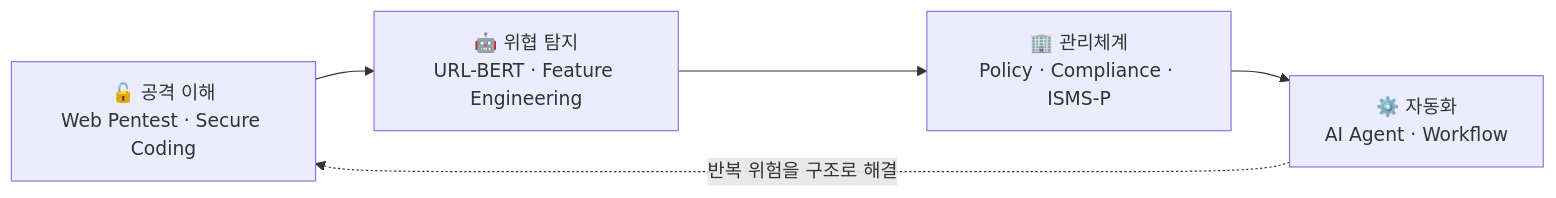
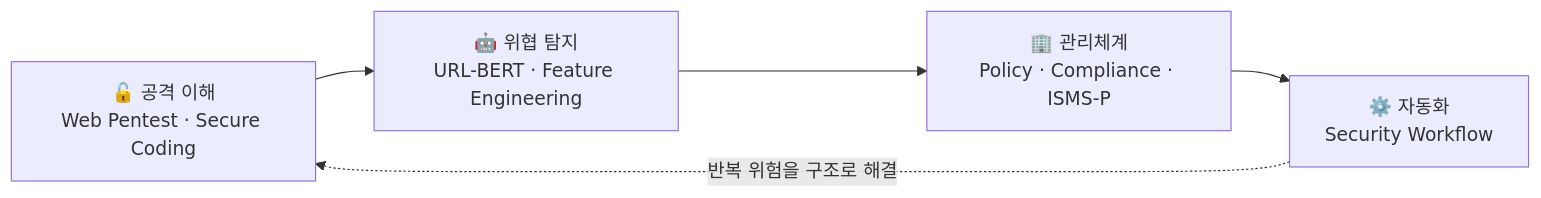
Before and after one commit to dlwl224/dlwl224: the first of 2 diagrams in README.md, drawn with Mermaid. The commit also changed other lines of this file, not shown here.

First line of the commit message:
Keep only security-related content in profile README

````diff
--- a/README.md
+++ b/README.md
@@ -51,7 +25,7 @@
 ```mermaid
 flowchart LR
     A["🔓 공격 이해<br/>Web Pentest · Secure Coding"] --> B["🤖 위협 탐지<br/>URL-BERT · Feature Engineering"]
     B --> C["🏢 관리체계<br/>Policy · Compliance · ISMS-P"]
-    C --> D["⚙️ 자동화<br/>AI Agent · Workflow"]
+    C --> D["⚙️ 자동화<br/>Security Workflow"]
     D -. 반복 위험을 구조로 해결 .-> A
 ```
````
